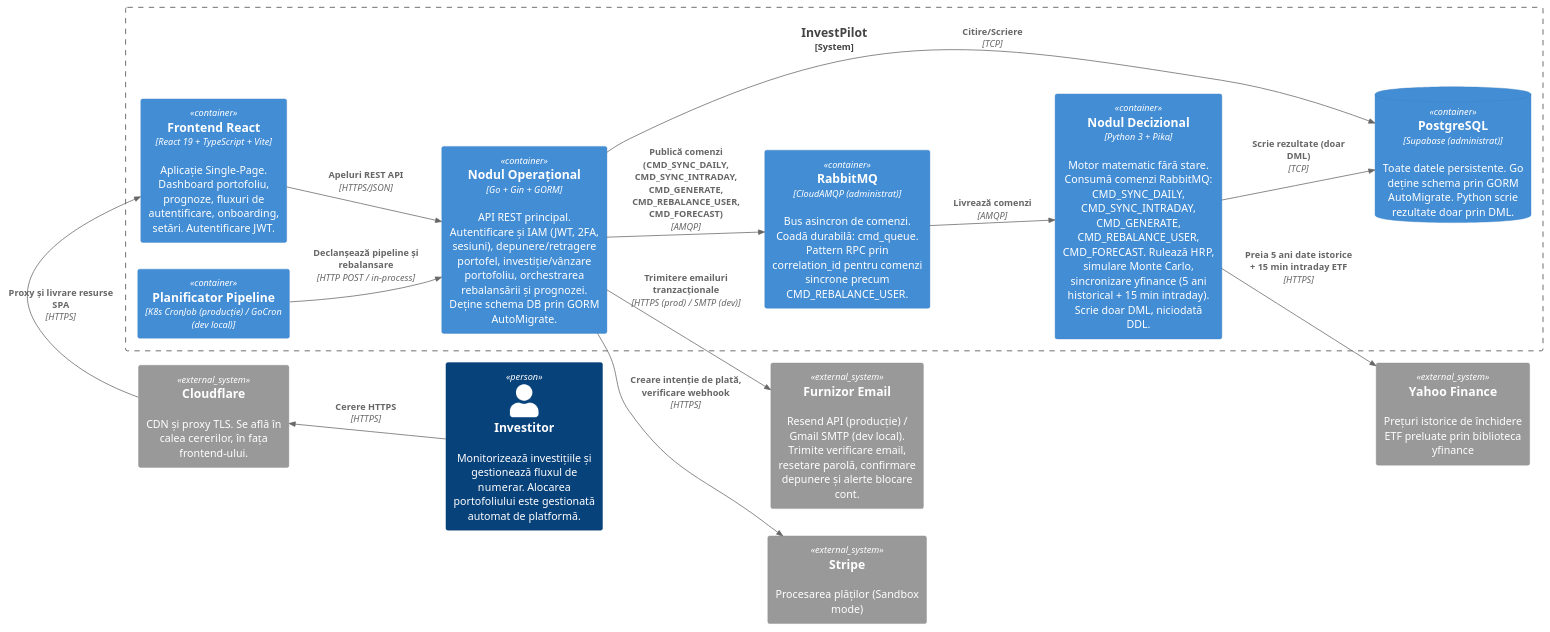
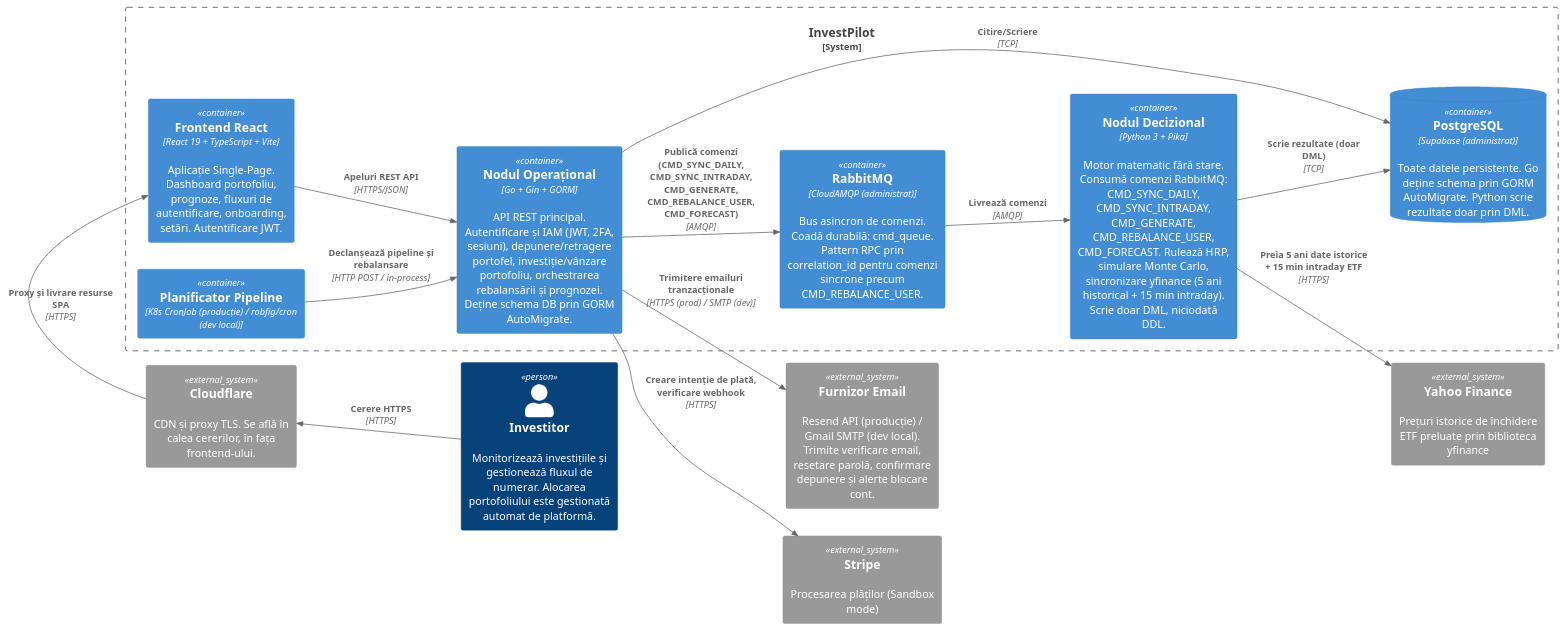
One commit to andreiOpran/InvestPilot changed the diagram in docs/diagrams/ro/c4-container_ro.puml. Above: the diagram before and after it, drawn with PlantUML. The commit also changed 3 other files, not shown here.

Commit message:
[FIX] gocron -> robfig/cron

```diff
--- a/docs/diagrams/ro/c4-container_ro.puml
+++ b/docs/diagrams/ro/c4-container_ro.puml
@@ -1,43 +1,43 @@
 @startuml InvestPilot-C4-L2-RO
 !include https://raw.githubusercontent.com/plantuml-stdlib/C4-PlantUML/master/C4_Container.puml
 
 LAYOUT_LANDSCAPE()
 
 Person(investor, "Investitor", "Monitorizează investițiile și gestionează fluxul de numerar. Alocarea portofoliului este gestionată automat de platformă.")
 
 System_Ext(cloudflare, "Cloudflare", "CDN și proxy TLS. Se află în calea cererilor, în fața frontend-ului.")
 System_Ext(stripe, "Stripe", "Procesarea plăților (Sandbox mode)")
 System_Ext(yfinance, "Yahoo Finance", "Prețuri istorice de închidere ETF preluate prin biblioteca yfinance")
 System_Ext(mailer, "Furnizor Email", "Resend API (producție) / Gmail SMTP (dev local). Trimite verificare email, resetare parolă, confirmare depunere și alerte blocare cont.")
 
 System_Boundary(investpilot, "InvestPilot") {
 
     Container(spa, "Frontend React", "React 19 + TypeScript + Vite", "Aplicație Single-Page. Dashboard portofoliu, prognoze, fluxuri de autentificare, onboarding, setări. Autentificare JWT.")
 
     Container(operational, "Nodul Operațional", "Go + Gin + GORM", "API REST principal. Autentificare și IAM (JWT, 2FA, sesiuni), depunere/retragere portofel, investiție/vânzare portofoliu, orchestrarea rebalansării și prognozei. Deține schema DB prin GORM AutoMigrate.")
 
     Container(decisional, "Nodul Decizional", "Python 3 + Pika", "Motor matematic fără stare. Consumă comenzi RabbitMQ: CMD_SYNC_DAILY, CMD_SYNC_INTRADAY, CMD_GENERATE, CMD_REBALANCE_USER, CMD_FORECAST. Rulează HRP, simulare Monte Carlo, sincronizare yfinance (5 ani historical + 15 min intraday). Scrie doar DML, niciodată DDL.")
 
-    Container(scheduler, "Planificator Pipeline", "K8s CronJob (producție) / GoCron (dev local)")
+    Container(scheduler, "Planificator Pipeline", "K8s CronJob (producție) / robfig/cron (dev local)")
 
     Container(rabbitmq, "RabbitMQ", "CloudAMQP (administrat)", "Bus asincron de comenzi. Coadă durabilă: cmd_queue. Pattern RPC prin correlation_id pentru comenzi sincrone precum CMD_REBALANCE_USER.")
 
     ContainerDb(postgres, "PostgreSQL", "Supabase (administrat)", "Toate datele persistente. Go deține schema prin GORM AutoMigrate. Python scrie rezultate doar prin DML.")
 }
 
 ' Relații
 Rel_L(investor, cloudflare, "Cerere HTTPS", "HTTPS")
 Rel_U(cloudflare, spa, "Proxy și livrare resurse SPA", "HTTPS")
 Rel(spa, operational, "Apeluri REST API", "HTTPS/JSON")
 Rel(operational, rabbitmq, "Publică comenzi (CMD_SYNC_DAILY, CMD_SYNC_INTRADAY, CMD_GENERATE, CMD_REBALANCE_USER, CMD_FORECAST)", "AMQP")
 Rel(rabbitmq, decisional, "Livrează comenzi", "AMQP")
 Rel(scheduler, operational, "Declanșează pipeline și rebalansare", "HTTP POST / in-process")
 Rel(operational, postgres, "Citire/Scriere", "TCP")
 Rel(decisional, postgres, "Scrie rezultate (doar DML)", "TCP")
 Rel(operational, stripe, "Creare intenție de plată, verificare webhook", "HTTPS")
 Rel(decisional, yfinance, "Preia 5 ani date istorice + 15 min intraday ETF", "HTTPS")
 Rel(operational, mailer, "Trimitere emailuri tranzacționale", "HTTPS (prod) / SMTP (dev)")
 
 Lay_R(mailer, stripe)
 
 @enduml
```
